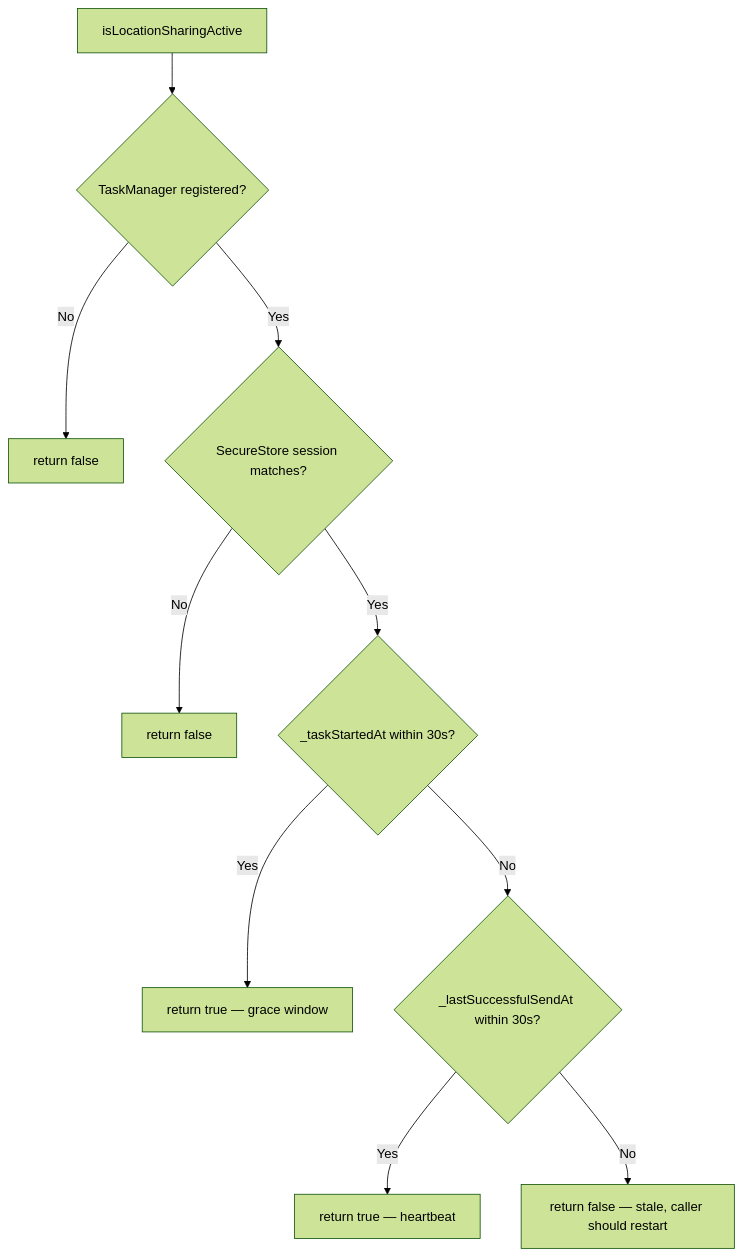
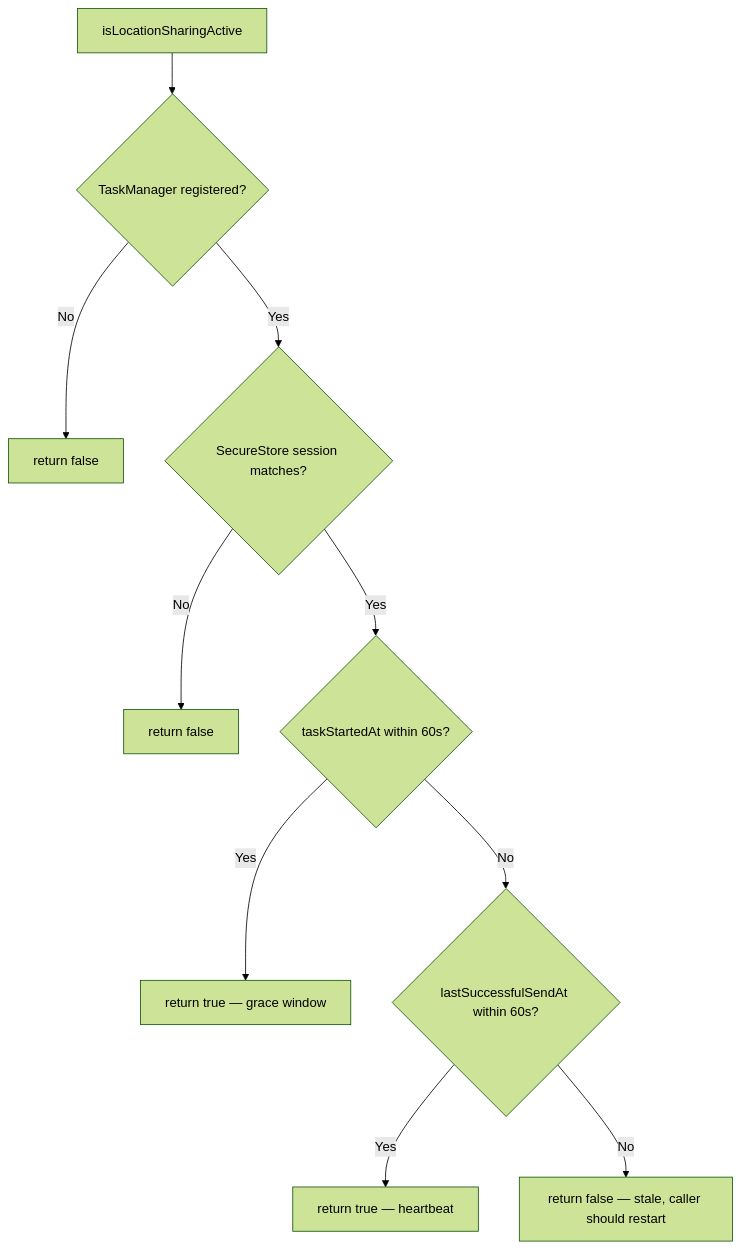
The fourth of 5 diagrams in 9d_feature_location_tracking.md (wariya-placehub/triptoe-docs), drawn with Mermaid (forest theme) before and after one commit. The commit also changed other lines of this file and 22 other files, not shown here.

````diff
--- a/9d_feature_location_tracking.md
+++ b/9d_feature_location_tracking.md
@@ -246,12 +249,12 @@
 ```mermaid
 flowchart TD
     CHECK[isLocationSharingActive] --> REG{TaskManager registered?}
     REG -->|No| FALSE1[return false]
     REG -->|Yes| SESS{SecureStore session matches?}
     SESS -->|No| FALSE2[return false]
-    SESS -->|Yes| GRACE{_taskStartedAt within 30s?}
+    SESS -->|Yes| GRACE{taskStartedAt within 60s?}
     GRACE -->|Yes| TRUE1[return true — grace window]
-    GRACE -->|No| HB{_lastSuccessfulSendAt within 30s?}
+    GRACE -->|No| HB{lastSuccessfulSendAt within 60s?}
     HB -->|Yes| TRUE2[return true — heartbeat]
     HB -->|No| FALSE3[return false — stale, caller should restart]
 ```
````
